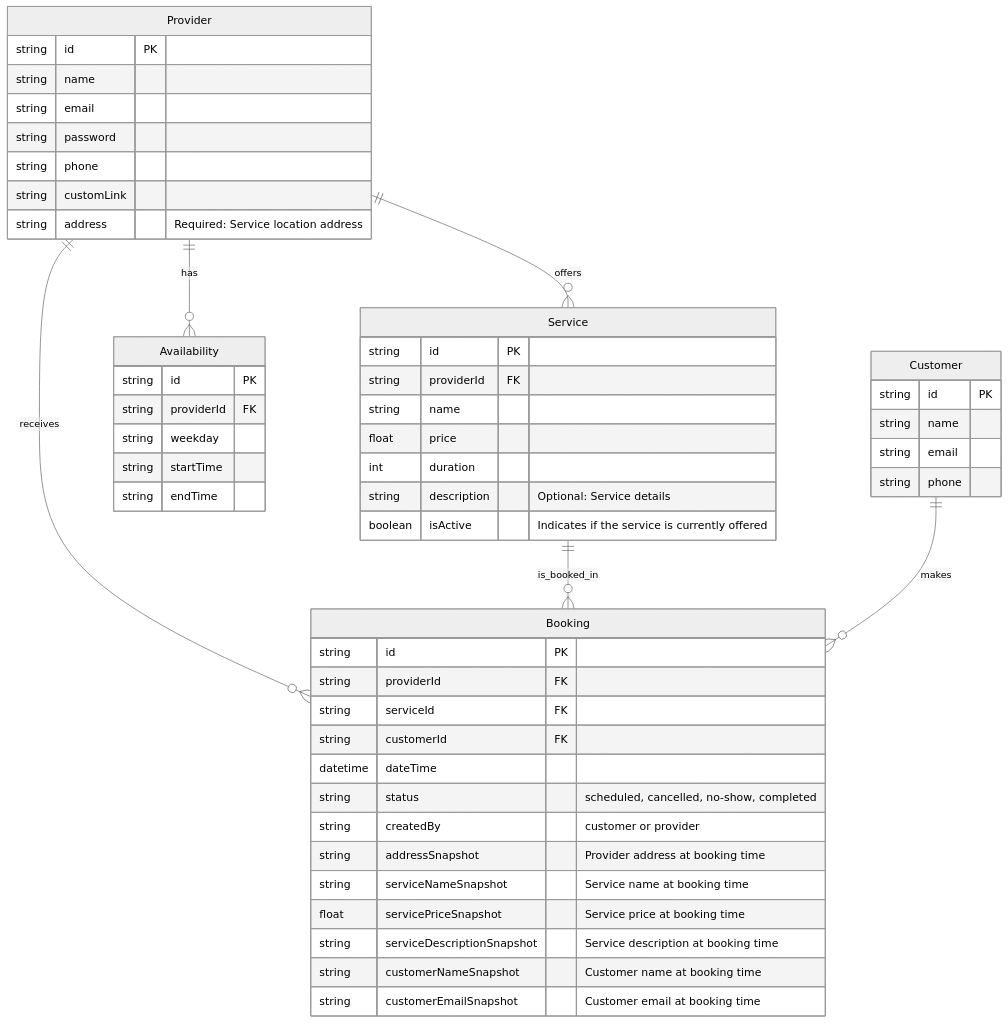
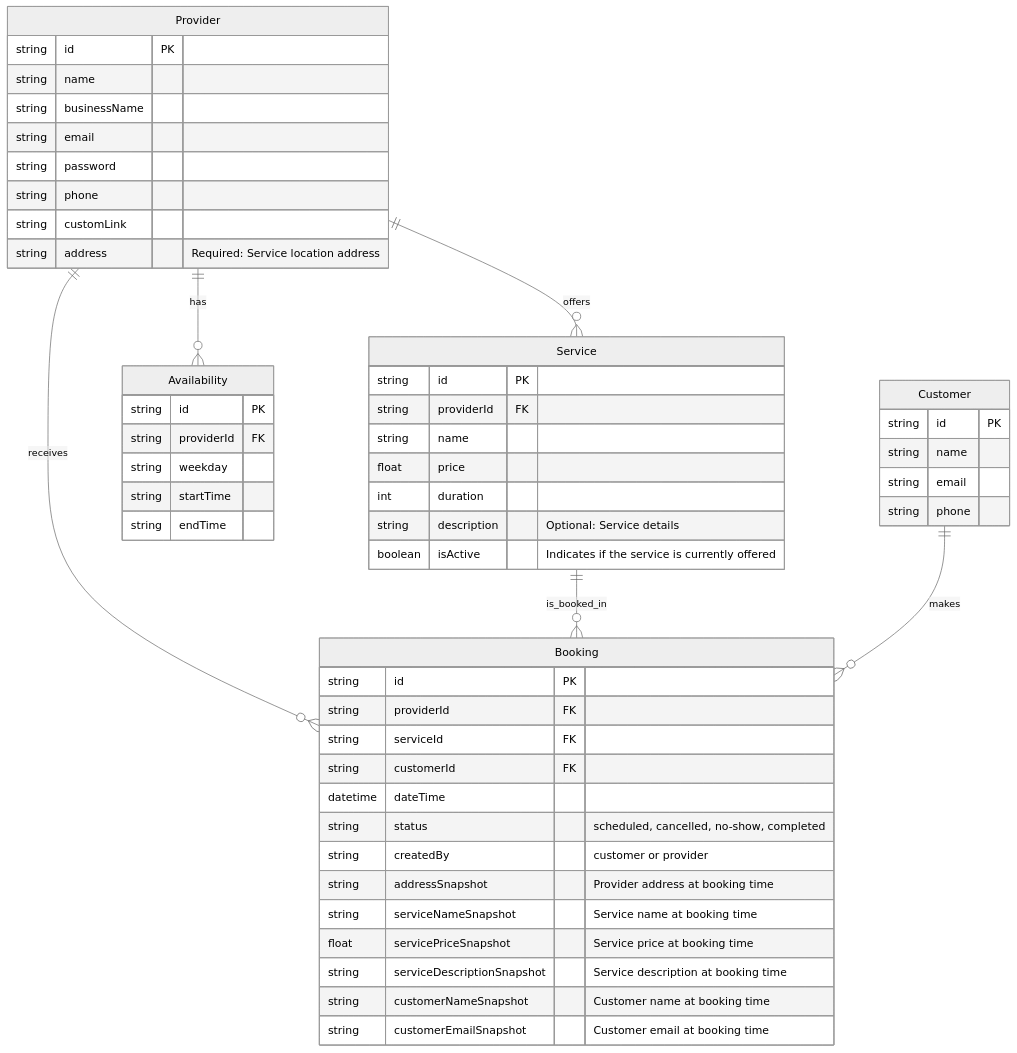
Before and after one commit to CleysonPH/twbooking: the first of 2 diagrams in docs/levantamento-requisitos.md, drawn with Mermaid (neutral theme). The commit also changed 20 other files, not shown here.

````diff
--- a/docs/levantamento-requisitos.md
+++ b/docs/levantamento-requisitos.md
@@ -101,55 +101,56 @@
 ```mermaid
 erDiagram
     Provider ||--o{ Service : offers
     Provider ||--o{ Booking : receives
     Provider ||--o{ Availability : has
     Service ||--o{ Booking : is_booked_in
     Customer ||--o{ Booking : makes
 
     Provider {
         string id PK
         string name
+        string businessName
         string email
         string password
         string phone
         string customLink
         string address "Required: Service location address"
     }
     Service {
         string id PK
         string providerId FK
         string name
         float price
         int duration
         string description "Optional: Service details"
         boolean isActive "Indicates if the service is currently offered"
     }
     Customer {
         string id PK
         string name
         string email
         string phone
     }
     Booking {
         string id PK
         string providerId FK
         string serviceId FK
         string customerId FK
         datetime dateTime
         string status "scheduled, cancelled, no-show, completed"
         string createdBy "customer or provider"
         string addressSnapshot "Provider address at booking time"
         string serviceNameSnapshot "Service name at booking time"
         float servicePriceSnapshot "Service price at booking time"
         string serviceDescriptionSnapshot "Service description at booking time"
         string customerNameSnapshot "Customer name at booking time"
         string customerEmailSnapshot "Customer email at booking time"
     }
     Availability {
         string id PK
         string providerId FK
         string weekday
         string startTime
         string endTime
     }
 ```
````
